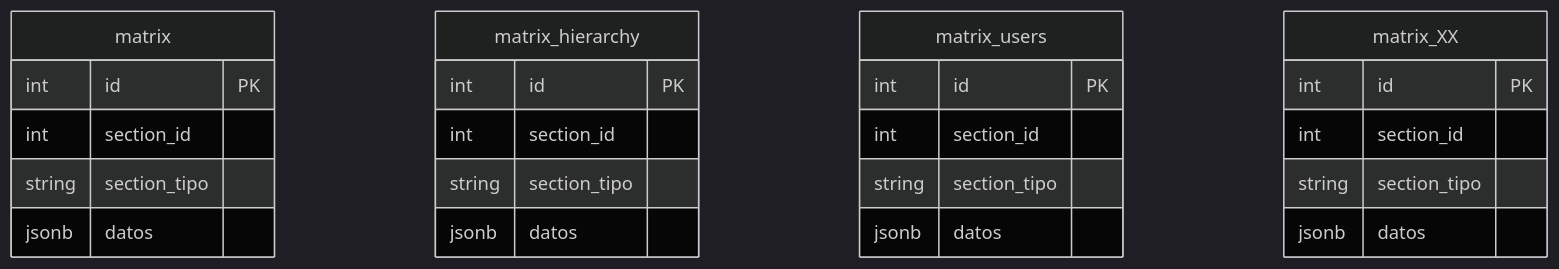
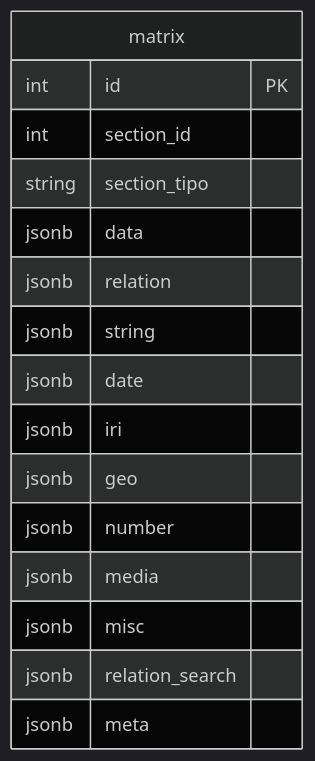
The first of 4 diagrams in docs/core/locator.md (renderpci/dedalo), drawn with Mermaid (dark theme) before and after one commit. The commit also changed other lines of this file and 3 other files, not shown here.

````diff
--- a/docs/core/locator.md
+++ b/docs/core/locator.md
@@ -30,27 +30,19 @@
 ```mermaid
 erDiagram
     matrix {
         int id PK
         int section_id
         string section_tipo
-        jsonb datos
-    }
-    matrix_hierarchy {
-        int id PK
-        int section_id
-        string section_tipo
-        jsonb datos
-    }
-     matrix_users {
-        int id PK
-        int section_id
-        string section_tipo
-        jsonb datos
-    }
-    matrix_XX {
-        int id PK
-        int section_id
-        string section_tipo
-        jsonb datos
+        jsonb data
+        jsonb relation
+        jsonb string
+        jsonb date
+        jsonb iri
+        jsonb geo
+        jsonb number
+        jsonb media
+        jsonb misc
+        jsonb relation_search
+        jsonb meta
     }
 ```
````
